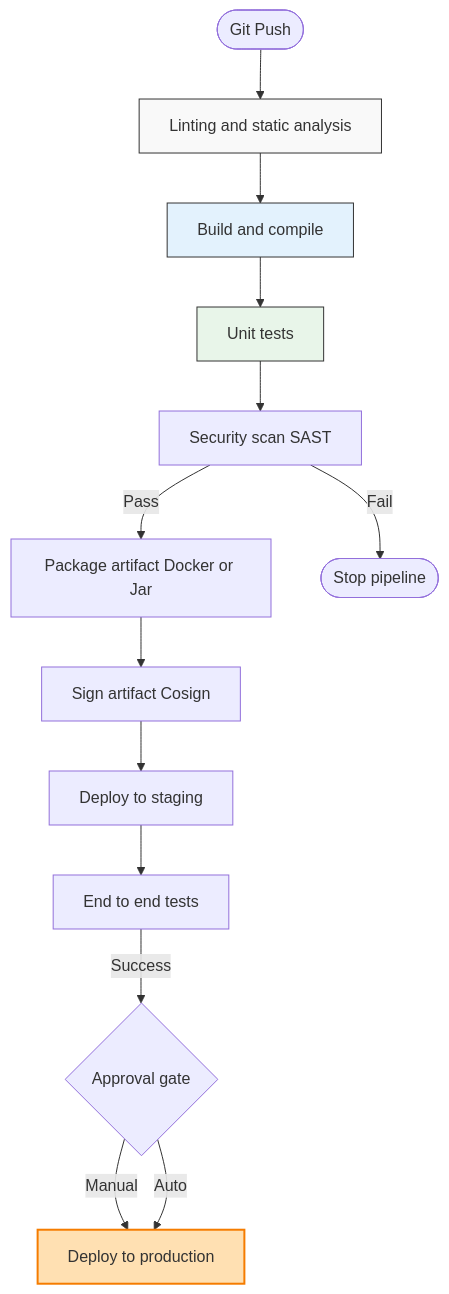
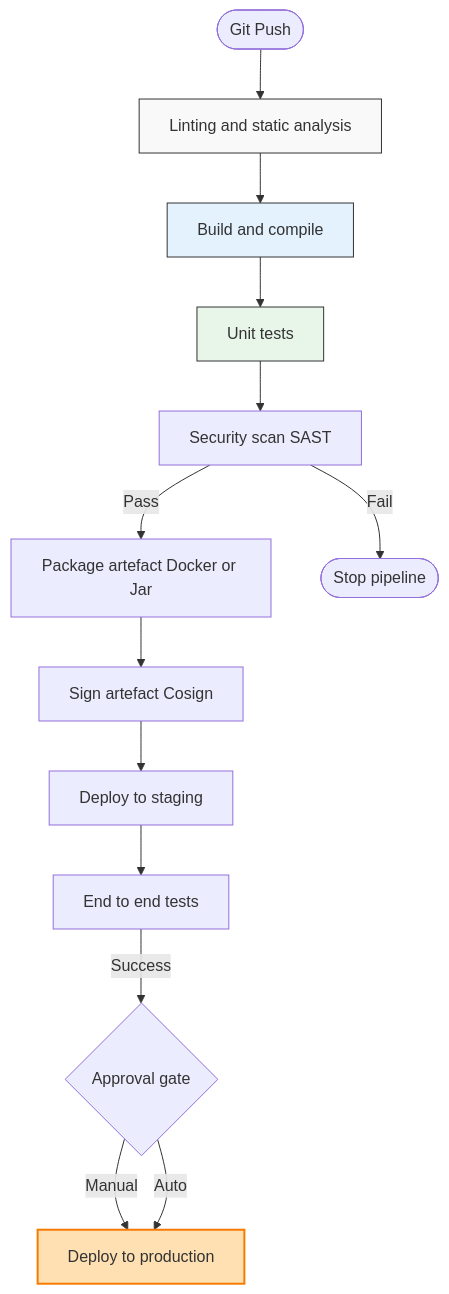
Before and after one commit to mbeps/personal-portfolio: the third of 5 diagrams in public/blogs/ci-cd/blog.md, drawn with Mermaid. The commit also changed other lines of this file and 21 other files, not shown here.

````diff
--- a/public/blogs/ci-cd/blog.md
+++ b/public/blogs/ci-cd/blog.md
@@ -267,37 +267,37 @@
 ```mermaid
 flowchart TD
     Start([Git Push])
     Lint[Linting and static analysis]
     Build[Build and compile]
     Unit[Unit tests]
     SAST[Security scan SAST]
-    Package[Package artifact Docker or Jar]
-    Sign[Sign artifact Cosign]
+    Package[Package artefact Docker or Jar]
+    Sign[Sign artefact Cosign]
     DeployStage[Deploy to staging]
     E2E[End to end tests]
     Gate{Approval gate}
     Prod[Deploy to production]
     Stop([Stop pipeline])
 
     Start --> Lint
     Lint --> Build
     Build --> Unit
     Unit --> SAST
 
     SAST -->|Fail| Stop
     SAST -->|Pass| Package
 
     Package --> Sign
     Sign --> DeployStage
     DeployStage --> E2E
 
     E2E -->|Success| Gate
     Gate -->|Manual| Prod
     Gate -->|Auto| Prod
 
     style Lint fill:#f9f9f9,stroke:#333
     style Build fill:#e3f2fd,stroke:#333
     style Unit fill:#e8f5e9,stroke:#333
     style Prod fill:#ffe0b2,stroke:#f57c00,stroke-width:2
 
 ```
````
